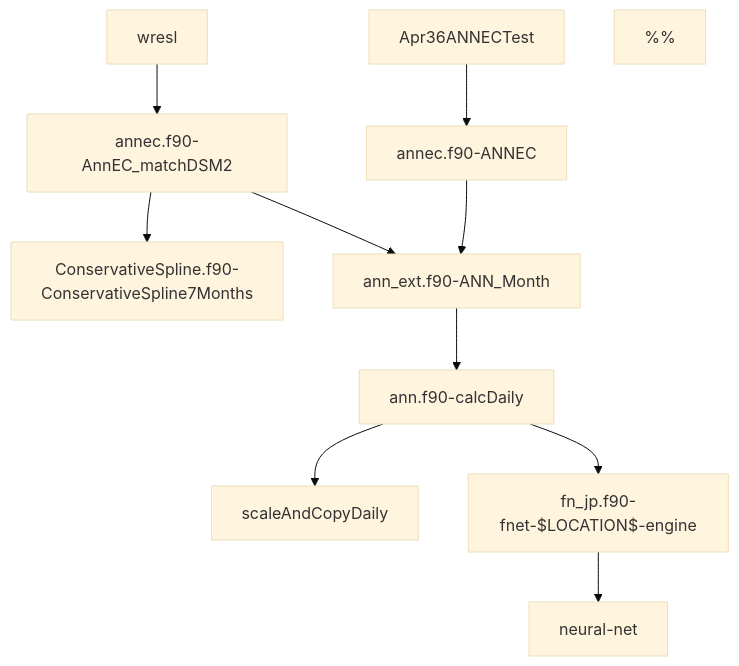
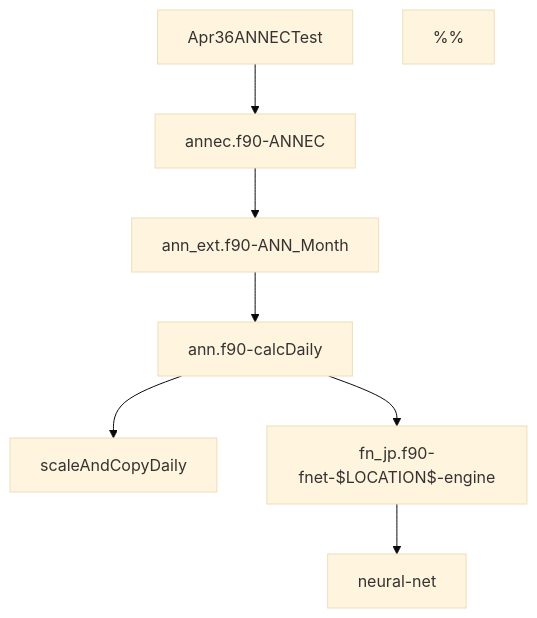
Before and after one commit to rma-rripken/AnnLineGen_RMA: the first of 2 diagrams in CallDiagrams.md, drawn with Mermaid (base theme).

````diff
--- a/CallDiagrams.md
+++ b/CallDiagrams.md
@@ -2,43 +2,43 @@
 ```mermaid
 graph TD;
     Apr36ANNECTest-->annec.f90-ANNEC;
-    wresl-->annec.f90-AnnEC_matchDSM2;
-    annec.f90-AnnEC_matchDSM2-->ConservativeSpline.f90-ConservativeSpline7Months;
-    annec.f90-AnnEC_matchDSM2-->ann_ext.f90-ANN_Month;
+ %%   wresl-->annec.f90-AnnEC_matchDSM2;
+ %%   annec.f90-AnnEC_matchDSM2-->ConservativeSpline.f90-ConservativeSpline7Months;
+ %%   annec.f90-AnnEC_matchDSM2-->ann_ext.f90-ANN_Month;
     annec.f90-ANNEC-->ann_ext.f90-ANN_Month;
     ann_ext.f90-ANN_Month-->ann.f90-calcDaily;
     ann.f90-calcDaily-->scaleAndCopyDaily;
     ann.f90-calcDaily-->fn_jp.f90-fnet-$LOCATION$-engine;
     fn_jp.f90-fnet-$LOCATION$-engine-->neural-net;
 %%    ann.f90-calcDaily-->fn_jp.f90-fnet-jp-engine;
 %%    ann.f90-calcDaily-->fn_jp.f90-fnet-orrsel-engine;
 %%    ann.f90-calcDaily-->fn_jp.f90-fnet-emm-engine;
 %%    ann.f90-calcDaily-->fn_jp.f90-fnet-antioch-engine;
 %%    ann.f90-calcDaily-->fn_jp.f90-fnet-CO-engine;
 %%    ann.f90-calcDaily-->fn_jp.f90-fnet-mallard-engine;
 %%    ann.f90-calcDaily-->fn_jp.f90-fnet_LosVaqueros_engine;
 %%    ann.f90-calcDaily-->fn_jp.f90-fnet_MidR_intake_engine
 %%    ann.f90-calcDaily-->fn_jp.f90-fnet_Victoria_intake_engine
 %%    ann.f90-calcDaily-->fn_jp.f90-fnet_CVP_intake_engine
 %%    ann.f90-calcDaily-->fn_jp.f90-fnet_CCFB_engine
 %%    ann.f90-calcDaily-->fn_jp.f90-fnet_CCFB_intake_engine
 %%    ann.f90-calcDaily-->fn_jp.f90-fnet_beldan_engine
 %%    ann.f90-calcDaily-->fn_jp.f90-fnet_MTZ_engine
 %%
 %%    fn_jp.f90-fnet-jp-engine-->neural-net;
 %%    fn_jp.f90-fnet-orrsel-engine-->neural-net;
 %%    fn_jp.f90-fnet-emm-engine-->neural-net;
 %%    fn_jp.f90-fnet-antioch-engine-->neural-net;
 %%    fn_jp.f90-fnet-CO-engine-->neural-net;
 %%    fn_jp.f90-fnet-mallard-engine-->neural-net;
 %%    fn_jp.f90-fnet_LosVaqueros_engine-->neural-net;
 %%    fn_jp.f90-fnet_MidR_intake_engine-->neural-net;
 %%    fn_jp.f90-fnet_Victoria_intake_engine-->neural-net;
 %%    fn_jp.f90-fnet_CVP_intake_engine-->neural-net;
 %%    fn_jp.f90-fnet_CCFB_engine-->neural-net;
 %%    fn_jp.f90-fnet_CCFB_intake_engine-->neural-net;
 %%    fn_jp.f90-fnet_beldan_engine-->neural-net;
 %%    fn_jp.f90-fnet_MTZ_engine-->neural-net;
     
     
 ```
````
